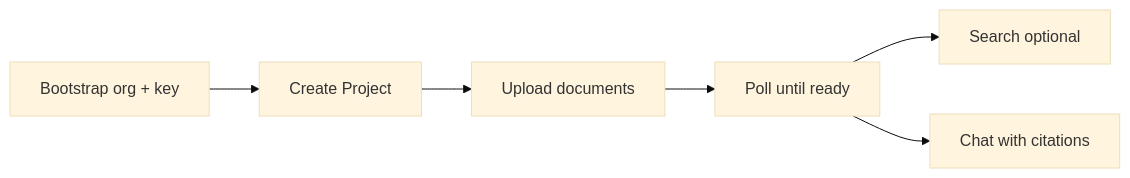
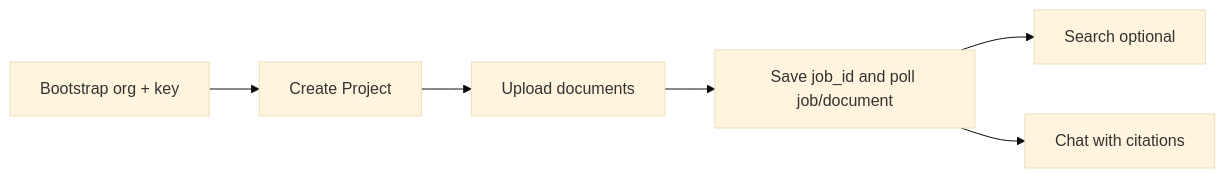
The diagram in docs/platform-integration-guide.md (Jrahimin/rag-builder), drawn with Mermaid (base theme) before and after one commit. The commit also changed other lines of this file and 161 other files, not shown here.

````diff
--- a/docs/platform-integration-guide.md
+++ b/docs/platform-integration-guide.md
@@ -189,8 +189,8 @@
 ```mermaid
 flowchart LR
     A[Bootstrap org + key] --> B[Create Project]
     B --> C[Upload documents]
-    C --> D[Poll until ready]
+    C --> D[Save job_id and poll job/document]
     D --> E[Search optional]
     D --> F[Chat with citations]
 ```
````
